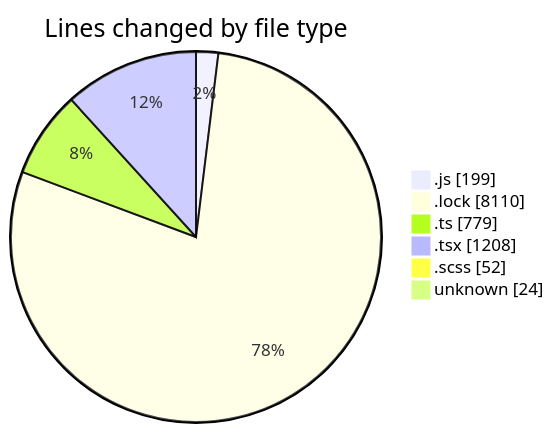
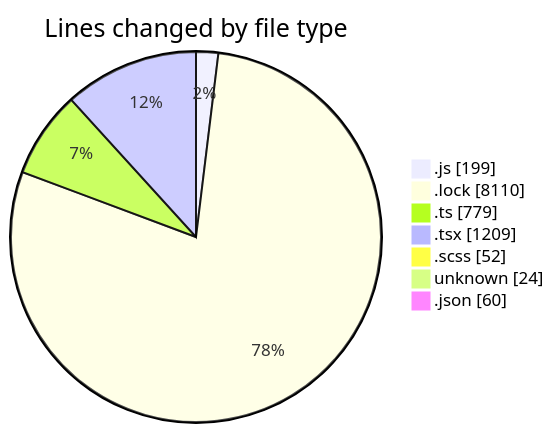
Before and after one commit to momahboobian/code-tracking: the first of 2 diagrams in 2025-02-07/cda/README.md, drawn with Mermaid. The commit also changed other lines of this file and 1 other file, not shown here.

````diff
--- a/2025-02-07/cda/README.md
+++ b/2025-02-07/cda/README.md
@@ -57,10 +58,11 @@
 ```mermaid
 pie showData
 title Lines changed by file type
 ".js" : 199
 ".lock" : 8110
 ".ts" : 779
-".tsx" : 1208
+".tsx" : 1209
 ".scss" : 52
 "unknown" : 24
+".json" : 60
 ```
````
